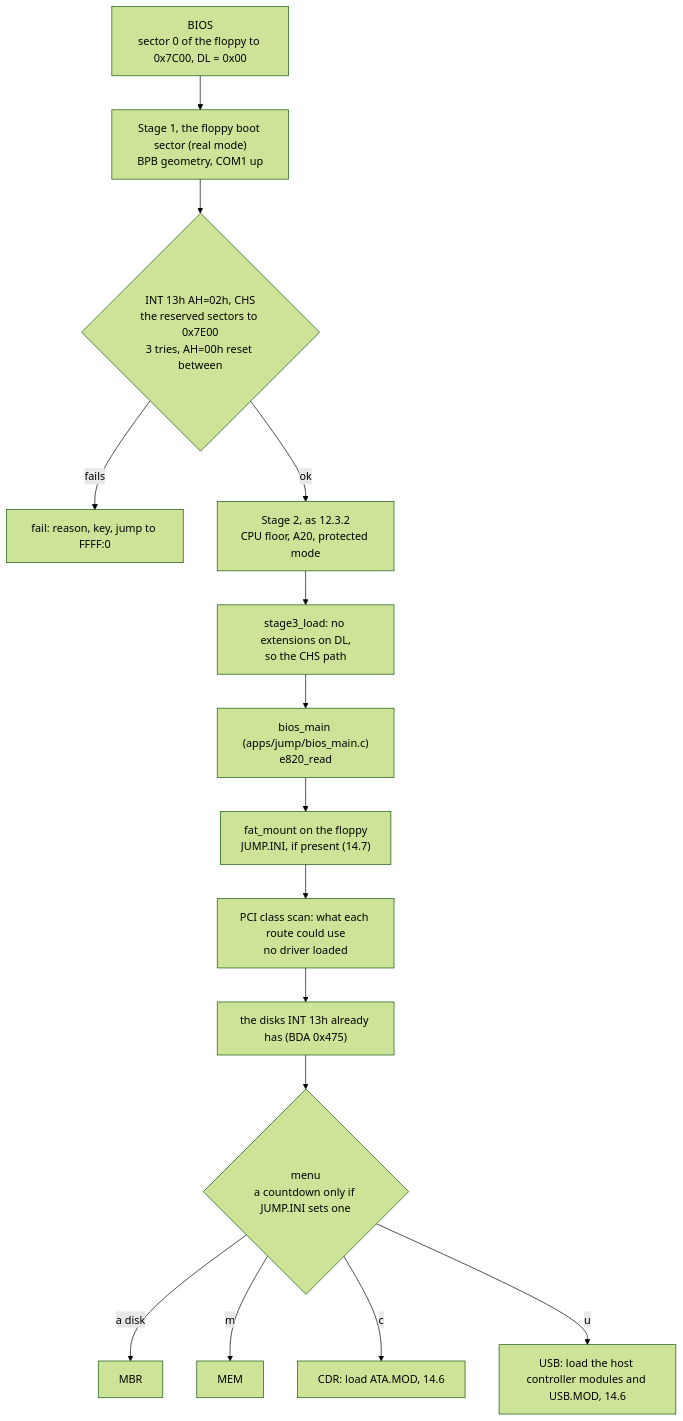
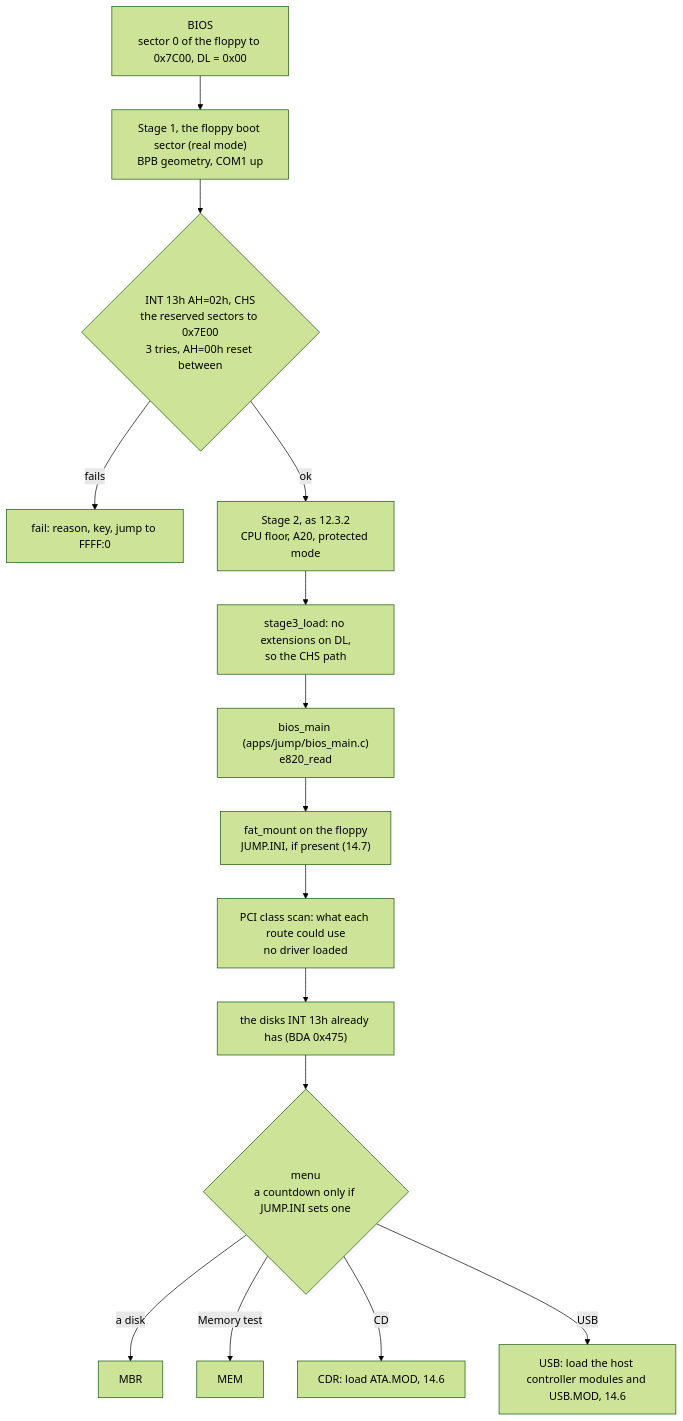
One commit to vifair22/falcon-boot changed diagram 24 of 24 in docs/DESIGN.md. Above: the diagram before and after it, drawn with Mermaid (forest theme). The commit also changed other lines of this file and 25 other files, not shown here.

````diff
--- a/docs/DESIGN.md
+++ b/docs/DESIGN.md
@@ -3875,17 +3918,17 @@
 ```mermaid
 flowchart TD
     BIOS["BIOS<br/>sector 0 of the floppy to 0x7C00, DL = 0x00"] --> S1["Stage 1, the floppy boot sector (real mode)<br/>BPB geometry, COM1 up"]
     S1 --> RD{"INT 13h AH=02h, CHS<br/>the reserved sectors to 0x7E00<br/>3 tries, AH=00h reset between"}
     RD -- fails --> F1["fail: reason, key, jump to FFFF:0"]
     RD -- ok --> S2["Stage 2, as 12.3.2<br/>CPU floor, A20, protected mode"]
     S2 --> L3["stage3_load: no extensions on DL,<br/>so the CHS path"]
     L3 --> BM["bios_main (apps/jump/bios_main.c)<br/>e820_read"]
     BM --> FAT["fat_mount on the floppy<br/>JUMP.INI, if present (14.7)"]
     FAT --> PCI["PCI class scan: what each route could use<br/>no driver loaded"]
     PCI --> DSK["the disks INT 13h already has (BDA 0x475)"]
     DSK --> MENU{"menu<br/>a countdown only if JUMP.INI sets one"}
     MENU -- "a disk" --> MBR["MBR"]
-    MENU -- "m" --> MEM["MEM"]
-    MENU -- "c" --> CDR["CDR: load ATA.MOD, 14.6"]
-    MENU -- "u" --> USB["USB: load the host controller modules and USB.MOD, 14.6"]
+    MENU -- "Memory test" --> MEM["MEM"]
+    MENU -- "CD" --> CDR["CDR: load ATA.MOD, 14.6"]
+    MENU -- "USB" --> USB["USB: load the host controller modules and USB.MOD, 14.6"]
 ```
````
